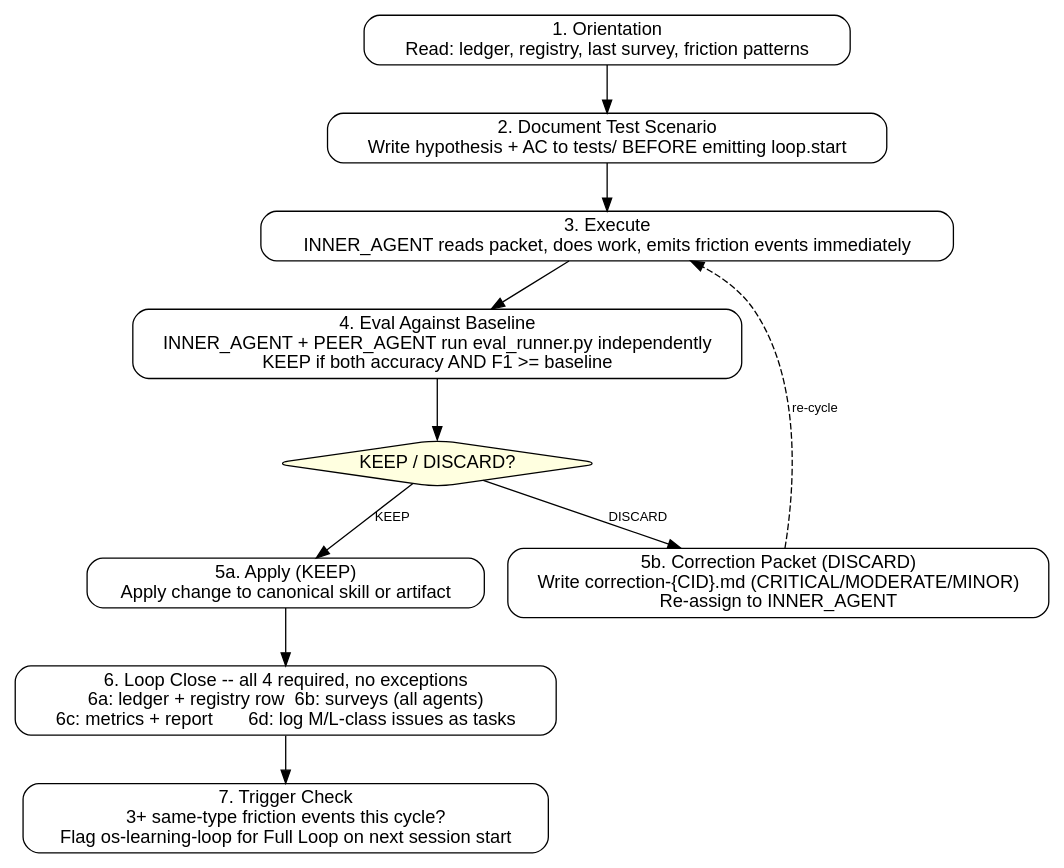
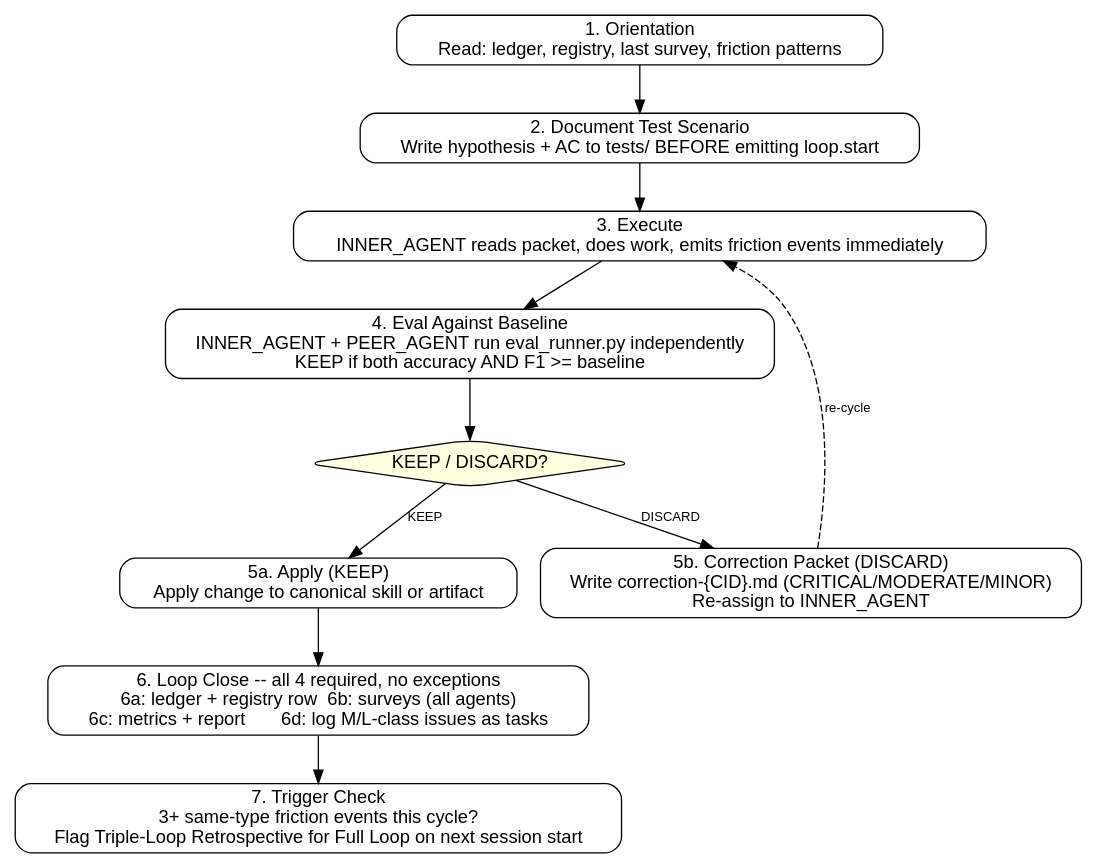
The diagram in plugins/agent-agentic-os/skills/os-improvement-loop/SKILL.md (richfrem/agent-plugins-skills), drawn with Graphviz before and after one commit. The commit also changed other lines of this file and 102 other files, not shown here.

````diff
--- a/plugins/agent-agentic-os/skills/os-improvement-loop/SKILL.md
+++ b/plugins/agent-agentic-os/skills/os-improvement-loop/SKILL.md
@@ -93,24 +93,24 @@
 ```dot
 digraph fast_cycle {
   rankdir=TB;
   node [shape=box, style="rounded,filled", fillcolor=white, fontname=Helvetica];
   edge [fontname=Helvetica, fontsize=10];
 
   Orientation [label="1. Orientation\nRead: ledger, registry, last survey, friction patterns"];
   Scenario    [label="2. Document Test Scenario\nWrite hypothesis + AC to tests/ BEFORE emitting loop.start"];
   Execution   [label="3. Execute\nINNER_AGENT reads packet, does work, emits friction events immediately"];
   Eval        [label="4. Eval Against Baseline\nINNER_AGENT + PEER_AGENT run eval_runner.py independently\nKEEP if both accuracy AND F1 >= baseline"];
   Verdict     [label="KEEP / DISCARD?", shape=diamond, fillcolor=lightyellow];
   Apply       [label="5a. Apply (KEEP)\nApply change to canonical skill or artifact"];
   Correction  [label="5b. Correction Packet (DISCARD)\nWrite correction-{CID}.md (CRITICAL/MODERATE/MINOR)\nRe-assign to INNER_AGENT"];
   LoopClose   [label="6. Loop Close -- all 4 required, no exceptions\n6a: ledger + registry row  6b: surveys (all agents)\n6c: metrics + report       6d: log M/L-class issues as tasks"];
-  Trigger     [label="7. Trigger Check\n3+ same-type friction events this cycle?\nFlag os-learning-loop for Full Loop on next session start"];
+  Trigger     [label="7. Trigger Check\n3+ same-type friction events this cycle?\nFlag Triple-Loop Retrospective for Full Loop on next session start"];
 
   Orientation -> Scenario -> Execution -> Eval -> Verdict;
   Verdict -> Apply      [label="KEEP"];
   Verdict -> Correction [label="DISCARD"];
   Apply -> LoopClose;
   Correction -> Execution [label="re-cycle", style=dashed];
   LoopClose -> Trigger;
 }
 ```
````
